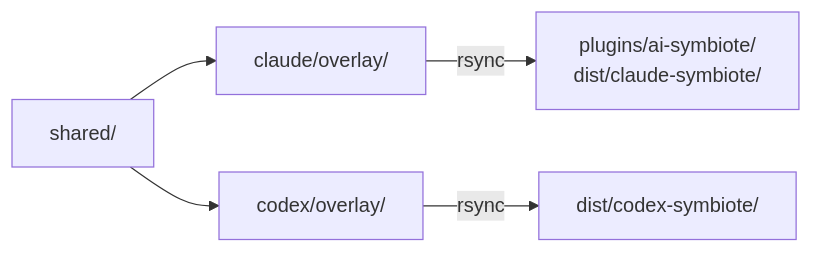
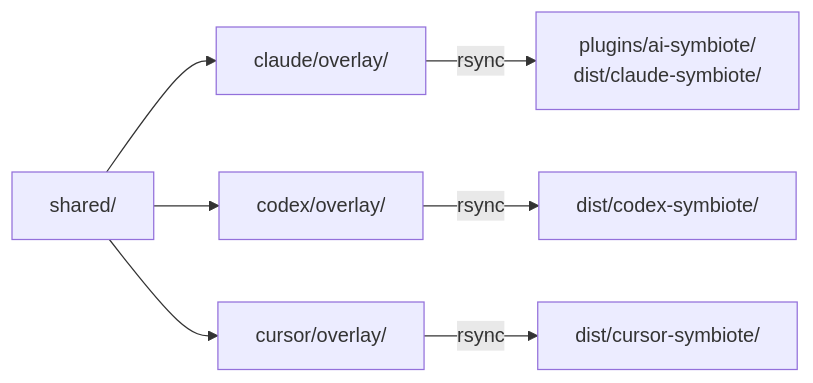
One commit to Jimmy-Jung/ai-symbiote changed the seventh of 7 diagrams in README.md. Above: the diagram before and after it, drawn with Mermaid. The commit also changed other lines of this file and 6 other files, not shown here.

````diff
--- a/README.md
+++ b/README.md
@@ -396,7 +413,9 @@
 ```mermaid
 flowchart LR
     S["shared/"] --> C["claude/overlay/"]
     S --> X["codex/overlay/"]
+    S --> R["cursor/overlay/"]
     C -->|rsync| P["plugins/ai-symbiote/<br/>dist/claude-symbiote/"]
     X -->|rsync| D["dist/codex-symbiote/"]
+    R -->|rsync| E["dist/cursor-symbiote/"]
 ```
````
